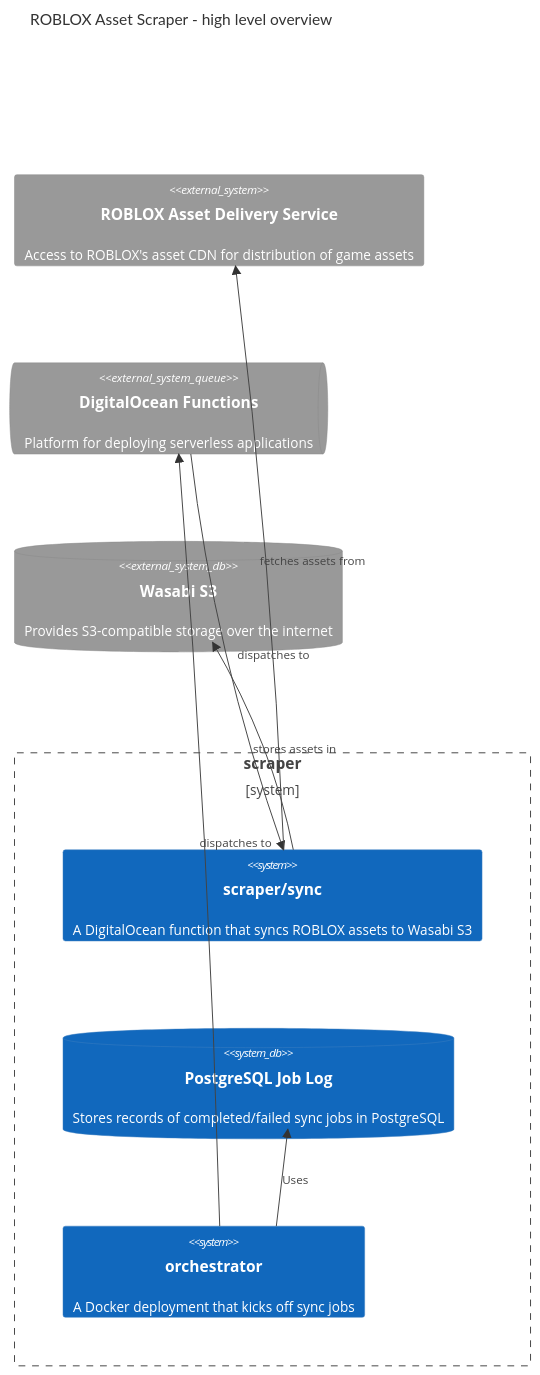
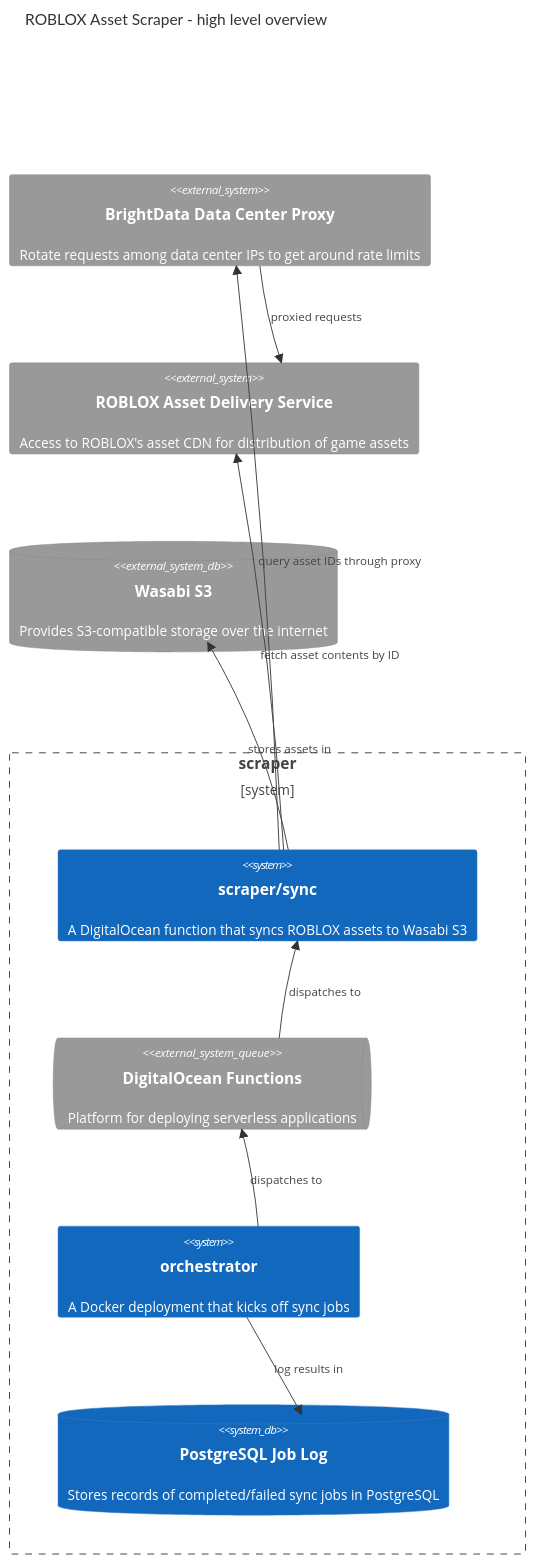
One commit to suremarc/go-rblx-asset-scraper changed the diagram in README.md. Above: the diagram before and after it, drawn with Mermaid.

Commit message:
add proxy to diagram

````diff
--- a/README.md
+++ b/README.md
@@ -7,18 +7,21 @@
 ```mermaid
 C4Context
   title ROBLOX Asset Scraper - high level overview
   Boundary(scraper, "scraper") {
     System(sync, "scraper/sync", "A DigitalOcean function that syncs ROBLOX assets to Wasabi S3")
+    SystemQueue_Ext(do, "DigitalOcean Functions", "Platform for deploying serverless applications")
+    System(orchestrator, "orchestrator", "A Docker deployment that kicks off sync jobs")
     SystemDb(postgres, "PostgreSQL Job Log", "Stores records of completed/failed sync jobs in PostgreSQL")
-    System(orchestrator, "orchestrator", "A Docker deployment that kicks off sync jobs")
-    Rel(orchestrator, postgres, "Uses")
+    Rel(orchestrator, postgres, "log results in")
   }
+  System_Ext(proxy, "BrightData Data Center Proxy", "Rotate requests among data center IPs to get around rate limits")
   System_Ext(rblx, "ROBLOX Asset Delivery Service", "Access to ROBLOX's asset CDN for distribution of game assets")
-  SystemQueue_Ext(do, "DigitalOcean Functions", "Platform for deploying serverless applications")
   SystemDb_Ext(s3, "Wasabi S3", "Provides S3-compatible storage over the internet")
 
   Rel(orchestrator, do, "dispatches to")
   Rel(do, sync, "dispatches to")
-  Rel(sync, rblx, "fetches assets from")
+  Rel(sync, proxy, "query asset IDs through proxy")
+  Rel(proxy, rblx, "proxied requests")
+  Rel(sync, rblx, "fetch asset contents by ID")
   Rel(sync, s3, "stores assets in")
 ```
````
